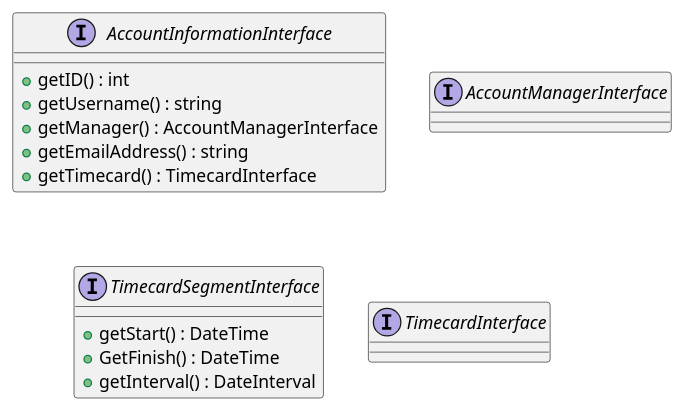
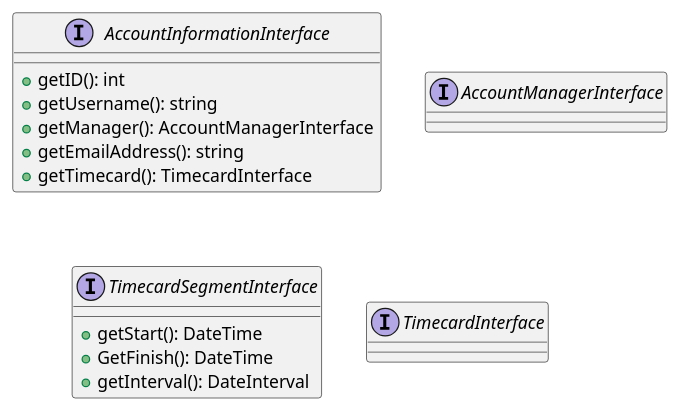
Before and after one commit to NUOCW/ocw-cms: the diagram in doc/diagram/NUOCW/CoreBundle/Entity/Interface/AccountInformation.puml, drawn with PlantUML. The commit also changed 1 other file, not shown here.

```diff
--- a/doc/diagram/NUOCW/CoreBundle/Entity/Interface/AccountInformation.puml
+++ b/doc/diagram/NUOCW/CoreBundle/Entity/Interface/AccountInformation.puml
@@ -1,24 +1,24 @@
 @startuml
 
-interface AccountInformationInterface{
-    +getID() : int
-    +getUsername() : string
-    +getManager() : AccountManagerInterface
-    +getEmailAddress() : string
-    +getTimecard() : TimecardInterface
+interface AccountInformationInterface {
+    +getID(): int
+    +getUsername(): string
+    +getManager(): AccountManagerInterface
+    +getEmailAddress(): string
+    +getTimecard(): TimecardInterface
 }
 
-interface AccountManagerInterface{
+interface AccountManagerInterface {
 }
 
-interface TimecardSegmentInterface{
-    +getStart() : DateTime
-    +GetFinish() : DateTime
-    +getInterval() : DateInterval
+interface TimecardSegmentInterface {
+    +getStart(): DateTime
+    +GetFinish(): DateTime
+    +getInterval(): DateInterval
 }
 
-interface TimecardInterface{
+interface TimecardInterface {
 }
 
 
 @enduml
```
